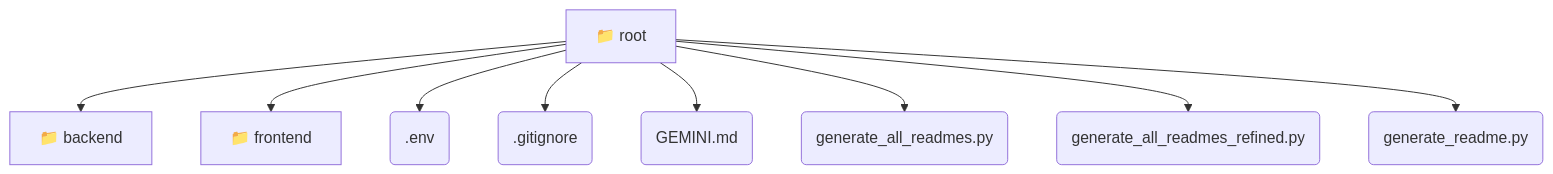
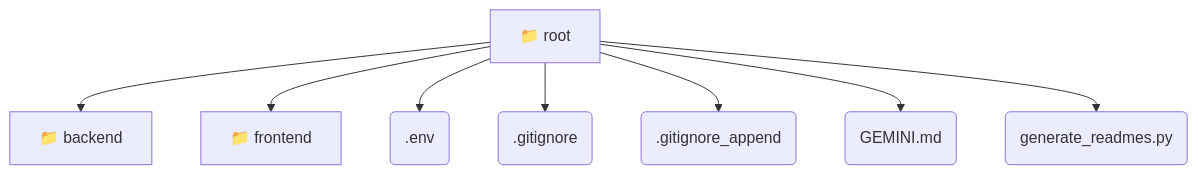
One commit to beginwebdev2002/fullstack-mavluda changed the diagram in README.md. Above: the diagram before and after it, drawn with Mermaid. The commit also changed other lines of this file and 155 other files, not shown here.

First line of the commit message:
docs: dynamically generate localized README files recursively across all modules

````diff
--- a/README.md
+++ b/README.md
@@ -9,12 +9,11 @@
 ```mermaid
 graph TD
   root[📁 root]
-  root --> backend[📁 backend]
-  root --> frontend[📁 frontend]
-  root --> _env(.env)
-  root --> _gitignore(.gitignore)
-  root --> GEMINI_md(GEMINI.md)
-  root --> generate_all_readmes_py(generate_all_readmes.py)
-  root --> generate_all_readmes_refined_py(generate_all_readmes_refined.py)
-  root --> generate_readme_py(generate_readme.py)
+  root --> root_backend[📁 backend]
+  root --> root_frontend[📁 frontend]
+  root --> root__env(.env)
+  root --> root__gitignore(.gitignore)
+  root --> root__gitignore_append(.gitignore_append)
+  root --> root_GEMINI_md(GEMINI.md)
+  root --> root_generate_readmes_py(generate_readmes.py)
 ```
````
